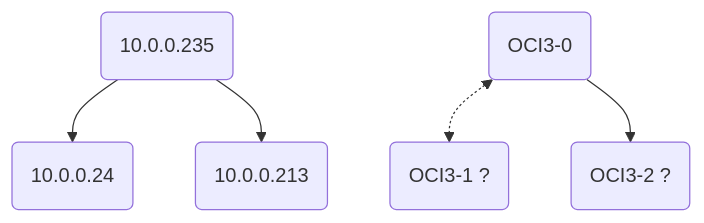
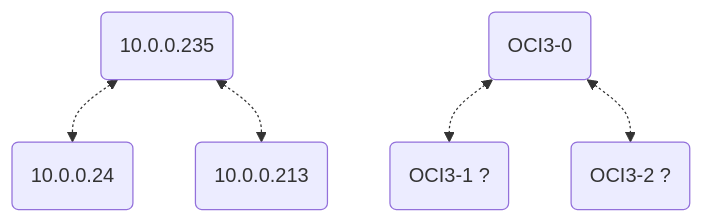
The third of 6 diagrams in README.md (jpconstantineau/k8s-clusters), drawn with Mermaid before and after one commit. The commit also changed other lines of this file and 2 other files, not shown here.

Commit message:
update prod

````diff
--- a/README.md
+++ b/README.md
@@ -55,14 +53,14 @@
 ``` mermaid
 flowchart TD
-    node1 --> node2
-    node1 --> node3
+    node1 <-.-> node2
+    node1 <-.-> node3
     node1(10.0.0.235)
     node2(10.0.0.24)
     node3(10.0.0.213)
 
     nodea <-.-> nodeb
-    nodea --> nodec
+    nodea <-.-> nodec
     nodea(OCI3-0)
     nodeb(OCI3-1 ?)
     nodec(OCI3-2 ?)
 ```
````
